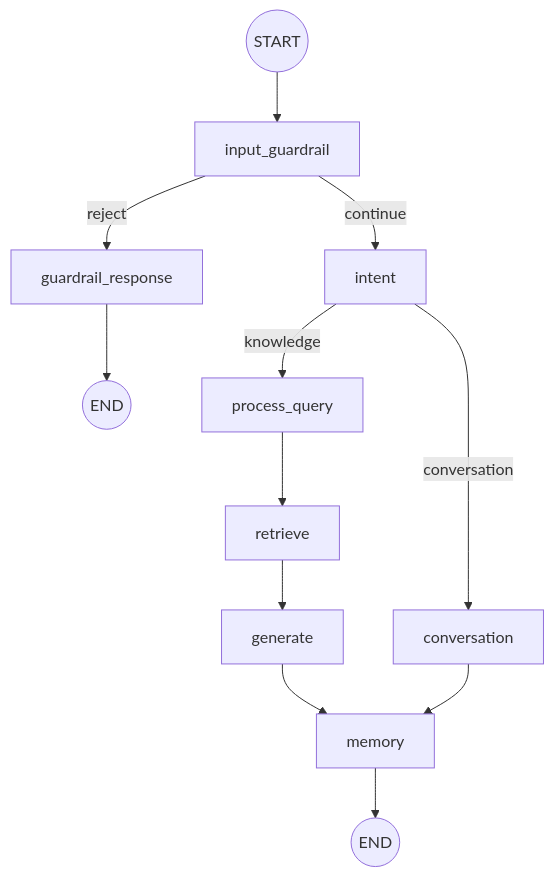
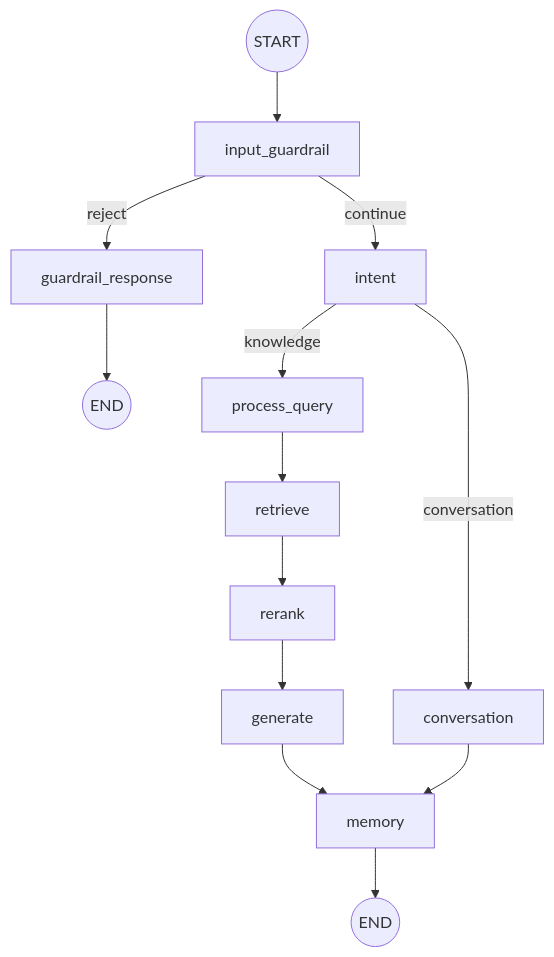
Before and after one commit to yugmint/query_intellience_llm: the first of 3 diagrams in docs/01-architecture.md, drawn with Mermaid. The commit also changed other lines of this file and 9 other files, not shown here.

````diff
--- a/docs/01-architecture.md
+++ b/docs/01-architecture.md
@@ -20,17 +20,18 @@
 ```mermaid
 flowchart TD
     START((START)) --> IG[input_guardrail]
     IG -->|reject| GR[guardrail_response]
     IG -->|continue| IN[intent]
     GR --> END1((END))
 
     IN -->|conversation| CV[conversation]
     IN -->|knowledge| PQ[process_query]
 
     PQ --> RT[retrieve]
-    RT --> GN[generate]
+    RT --> RR[rerank]
+    RR --> GN[generate]
     GN --> MEM[memory]
 
     CV --> MEM
     MEM --> END2((END))
 ```
````
